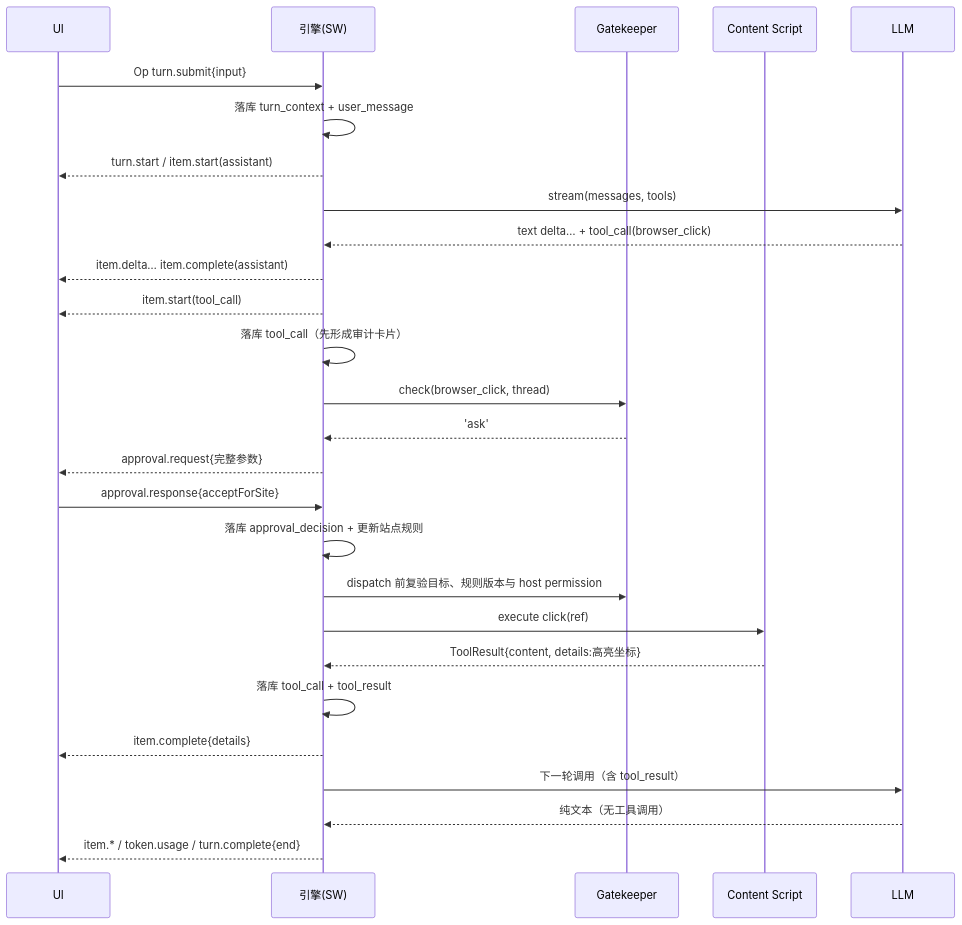
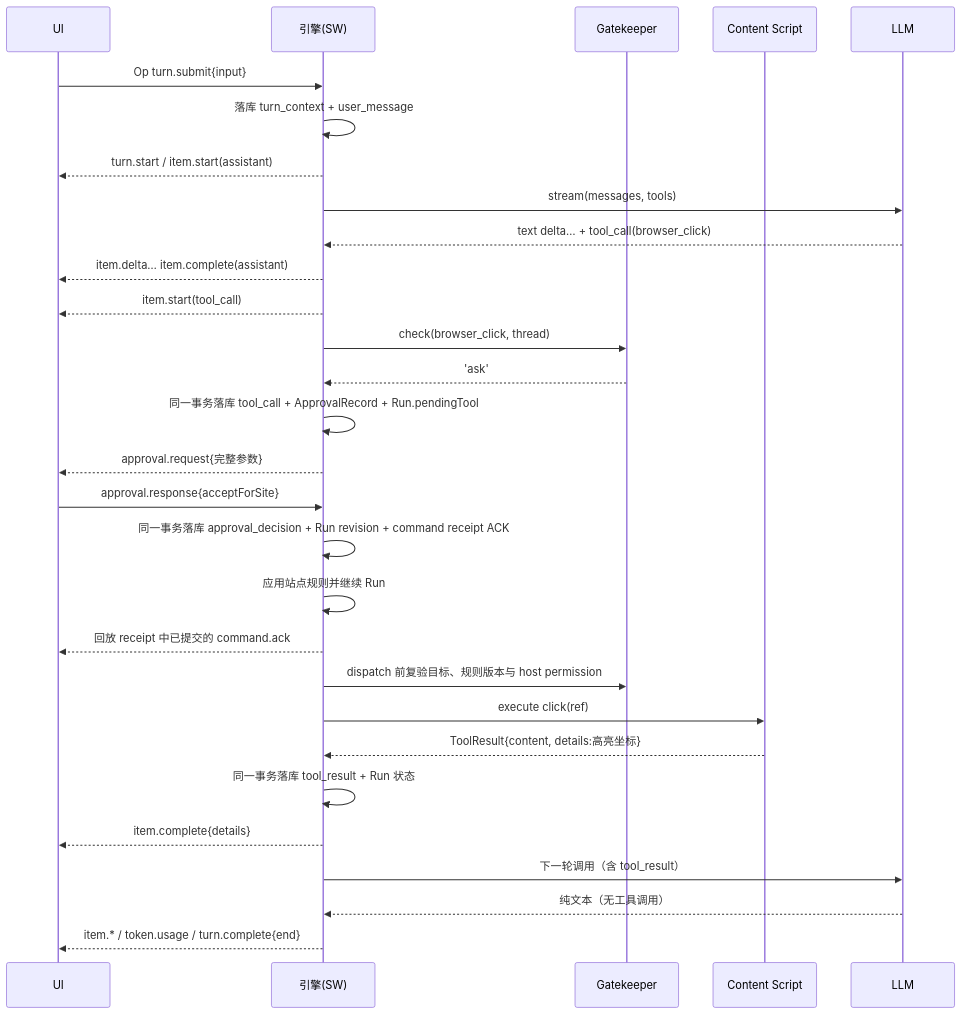
Before and after one commit to wangdiandao/Panelot: the first of 2 diagrams in docs/04-agent-engine.md, drawn with Mermaid. The commit also changed other lines of this file and 105 other files, not shown here.

````diff
--- a/docs/04-agent-engine.md
+++ b/docs/04-agent-engine.md
@@ -134,30 +150,32 @@
 ```mermaid
 sequenceDiagram
   participant UI
   participant EN as 引擎(SW)
   participant GK as Gatekeeper
   participant CS as Content Script
   participant LLM
 
   UI->>EN: Op turn.submit{input}
   EN->>EN: 落库 turn_context + user_message
   EN-->>UI: turn.start / item.start(assistant)
   EN->>LLM: stream(messages, tools)
   LLM-->>EN: text delta… + tool_call(browser_click)
   EN-->>UI: item.delta… item.complete(assistant)
   EN-->>UI: item.start(tool_call)
-  EN->>EN: 落库 tool_call（先形成审计卡片）
   EN->>GK: check(browser_click, thread)
   GK-->>EN: 'ask'
+  EN->>EN: 同一事务落库 tool_call + ApprovalRecord + Run.pendingTool
   EN-->>UI: approval.request{完整参数}
   UI->>EN: approval.response{acceptForSite}
-  EN->>EN: 落库 approval_decision + 更新站点规则
+  EN->>EN: 同一事务落库 approval_decision + Run revision + command receipt ACK
+  EN->>EN: 应用站点规则并继续 Run
+  EN-->>UI: 回放 receipt 中已提交的 command.ack
   EN->>GK: dispatch 前复验目标、规则版本与 host permission
   EN->>CS: execute click(ref)
   CS-->>EN: ToolResult{content, details:高亮坐标}
-  EN->>EN: 落库 tool_call + tool_result
+  EN->>EN: 同一事务落库 tool_result + Run 状态
   EN-->>UI: item.complete{details}
   EN->>LLM: 下一轮调用（含 tool_result）
   LLM-->>EN: 纯文本（无工具调用）
   EN-->>UI: item.* / token.usage / turn.complete{end}
 ```
````
